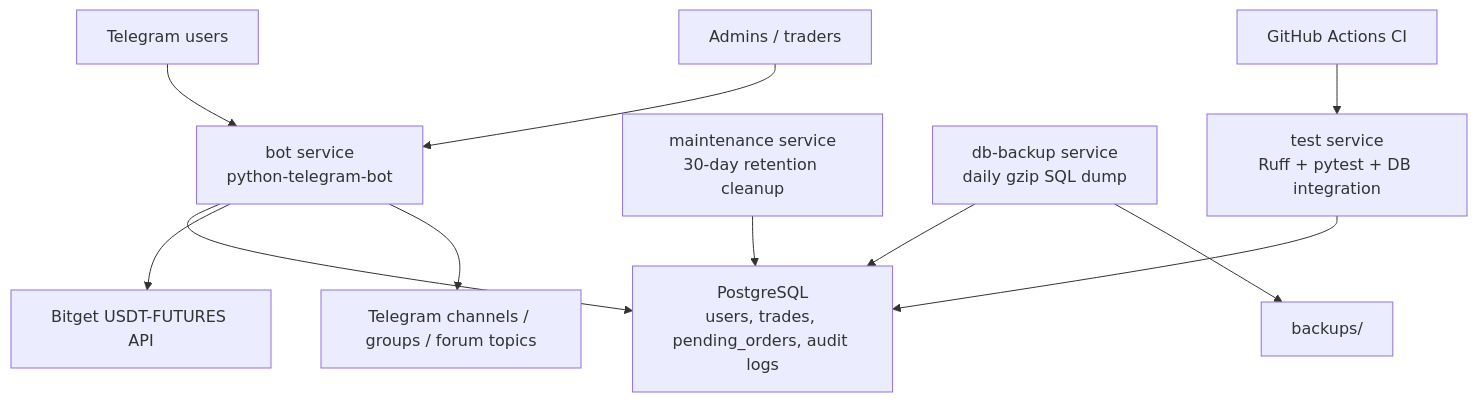
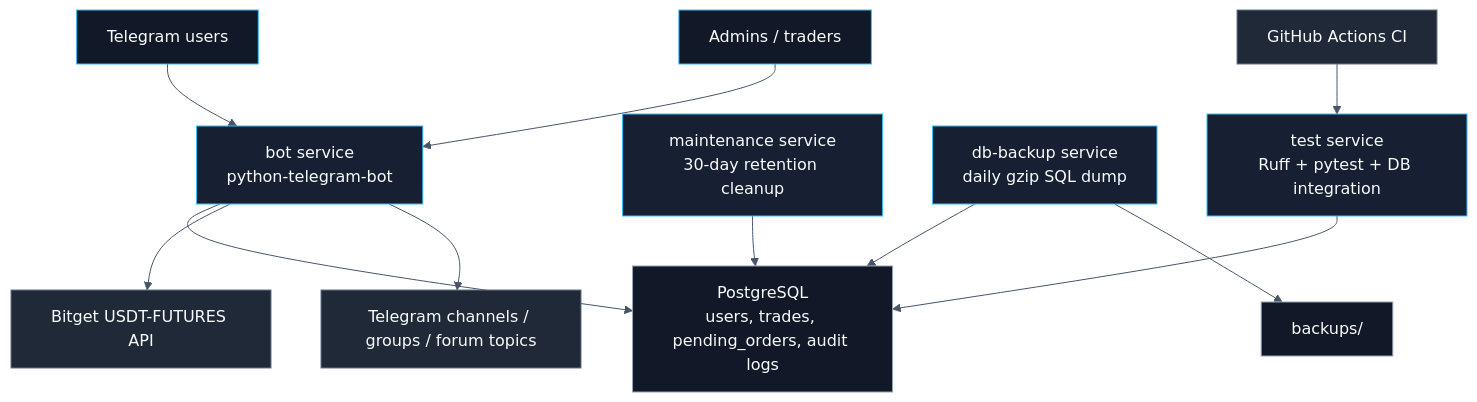
Before and after one commit to kaiyn-capital/kaiyn-trading-bot: the first of 2 diagrams in readme.md, drawn with Mermaid. The commit also changed other lines of this file and 5 other files, not shown here.

````diff
--- a/readme.md
+++ b/readme.md
@@ -30,16 +32,28 @@
 ```mermaid
+%%{init: {"theme":"base","themeVariables":{"background":"transparent","primaryColor":"#111827","primaryBorderColor":"#38bdf8","primaryTextColor":"#f8fafc","secondaryColor":"#1f2937","secondaryBorderColor":"#64748b","secondaryTextColor":"#f8fafc","tertiaryColor":"#0f172a","tertiaryBorderColor":"#475569","tertiaryTextColor":"#f8fafc","lineColor":"#475569","fontFamily":"Inter, ui-sans-serif, system-ui, sans-serif"}}}%%
 flowchart TD
     users["Telegram users"] --> bot["bot service<br/>python-telegram-bot"]
     admins["Admins / traders"] --> bot
 
     bot --> db["PostgreSQL<br/>users, trades, pending_orders, audit logs"]
     bot --> bitget["Bitget USDT-FUTURES API"]
     bot --> channels["Telegram channels / groups / forum topics"]
 
     maintenance["maintenance service<br/>30-day retention cleanup"] --> db
     backup["db-backup service<br/>daily gzip SQL dump"] --> db
     backup --> files["backups/"]
 
     ci["GitHub Actions CI"] --> test["test service<br/>Ruff + pytest + DB integration"]
     test --> db
+
+    classDef actor fill:#111827,stroke:#38bdf8,color:#f8fafc;
+    classDef runtime fill:#0f172a,stroke:#60a5fa,color:#f8fafc;
+    classDef storage fill:#111827,stroke:#94a3b8,color:#f8fafc;
+    classDef external fill:#1f2937,stroke:#64748b,color:#f8fafc;
+    classDef ops fill:#172033,stroke:#38bdf8,color:#f8fafc;
+
+    class users,admins actor;
+    class bot,maintenance,backup,test ops;
+    class db,files storage;
+    class bitget,channels,ci external;
 ```
````
